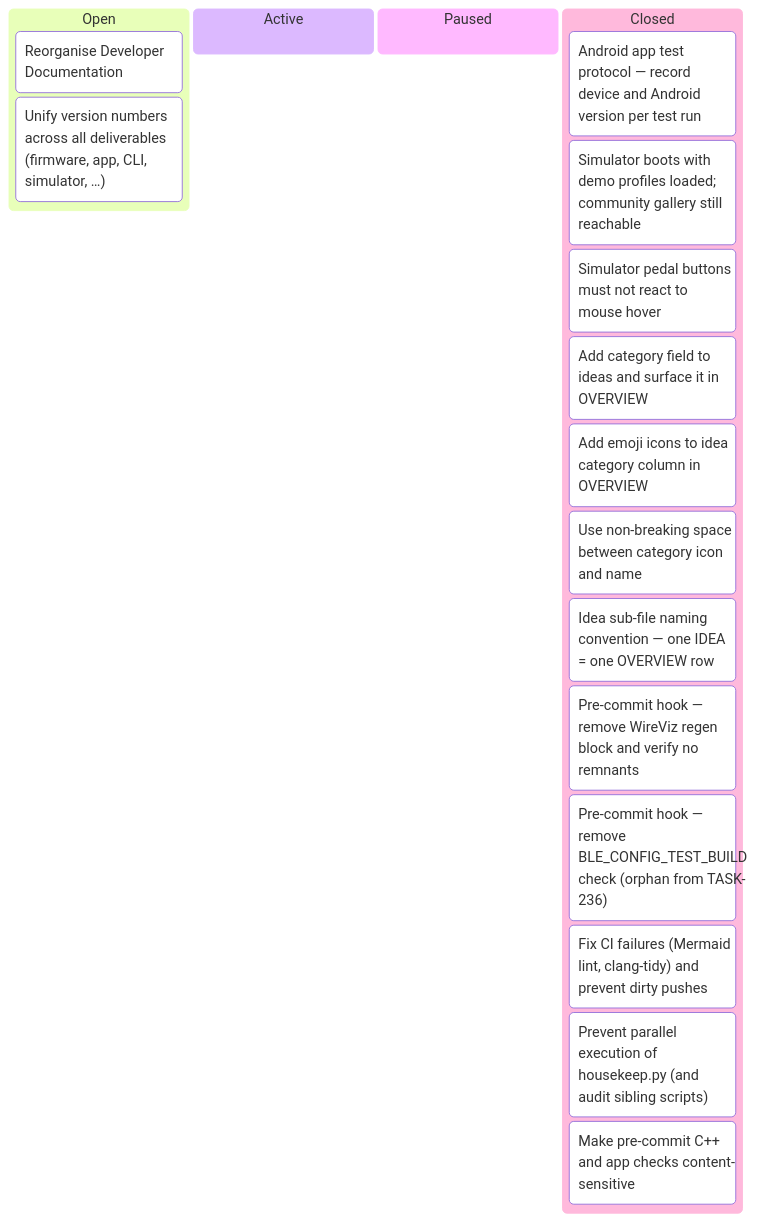
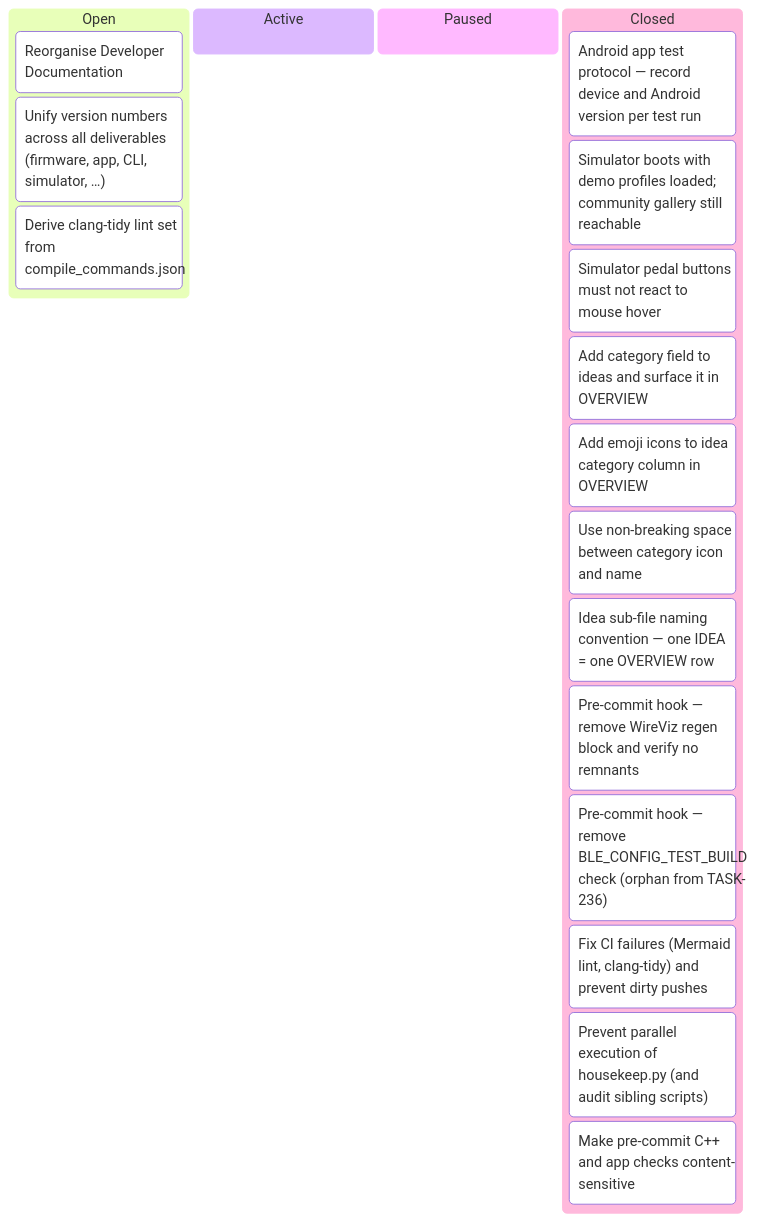
One commit to tgd1975/AwesomeStudioPedal changed the eighth of 8 diagrams in docs/developers/tasks/KANBAN.md. Above: the diagram before and after it, drawn with Mermaid. The commit also changed other lines of this file and 3 other files, not shown here.

First line of the commit message:
add TASK-348: Derive clang-tidy lint set from compile_commands.json

````diff
--- a/docs/developers/tasks/KANBAN.md
+++ b/docs/developers/tasks/KANBAN.md
@@ -133,21 +133,22 @@
 ```mermaid
 kanban
   Open
     TASK_148["Reorganise Developer Documentation"]
     TASK_260["Unify version numbers across all deliverables (firmware, app, CLI, simulator, …)"]
+    TASK_348["Derive clang-tidy lint set from compile_commands.json"]
   Active
   Paused
   Closed
     TASK_259["Android app test protocol — record device and Android version per test run"]
     TASK_303["Simulator boots with demo profiles loaded; community gallery still reachable"]
     TASK_304["Simulator pedal buttons must not react to mouse hover"]
     TASK_305["Add category field to ideas and surface it in OVERVIEW"]
     TASK_313["Add emoji icons to idea category column in OVERVIEW"]
     TASK_314["Use non-breaking space between category icon and name"]
     TASK_315["Idea sub-file naming convention — one IDEA = one OVERVIEW row"]
     TASK_319["Pre-commit hook — remove WireViz regen block and verify no remnants"]
     TASK_320["Pre-commit hook — remove BLE_CONFIG_TEST_BUILD check (orphan from TASK-236)"]
     TASK_321["Fix CI failures (Mermaid lint, clang-tidy) and prevent dirty pushes"]
     TASK_328["Prevent parallel execution of housekeep.py (and audit sibling scripts)"]
     TASK_346["Make pre-commit C++ and app checks content-sensitive"]
 ```
````
